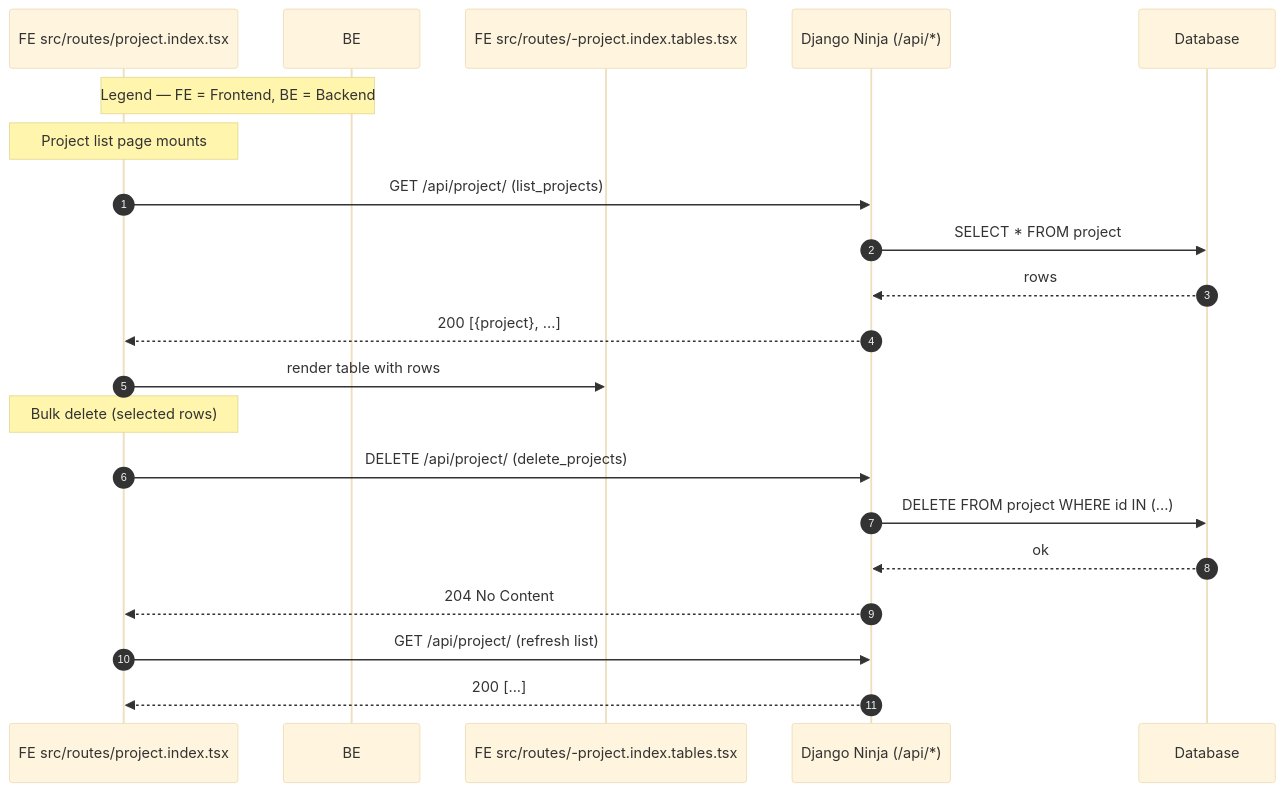
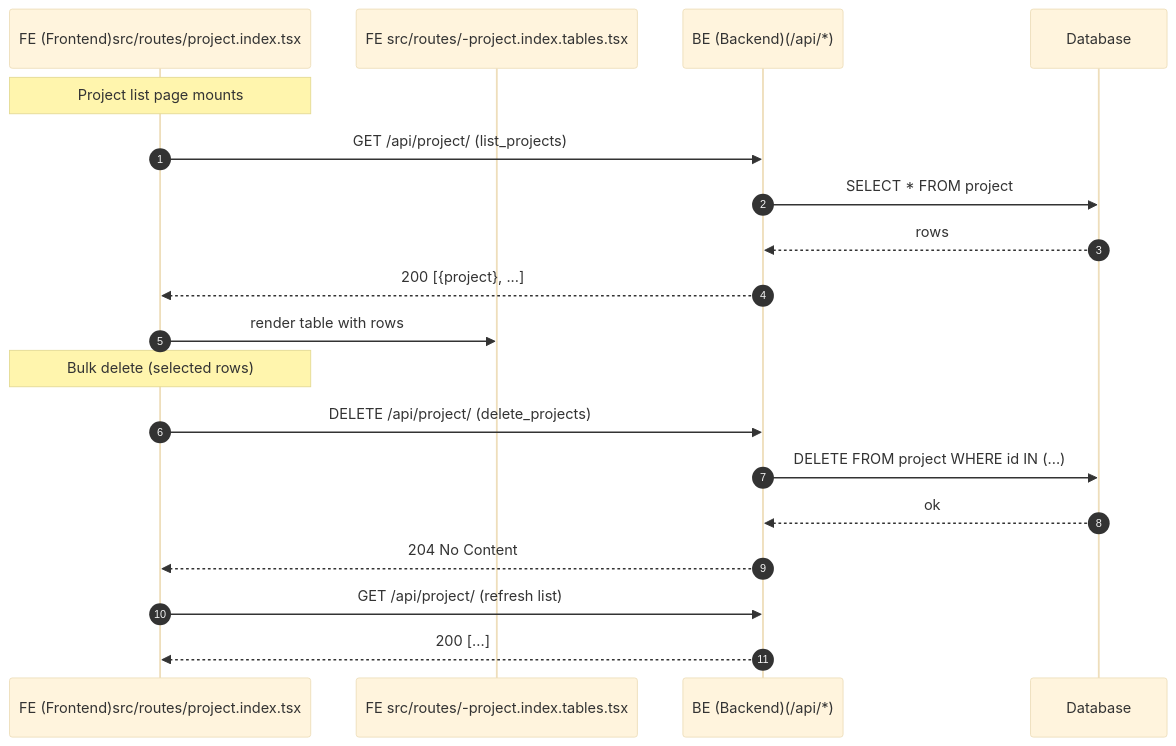
One commit to aus-plant-phenomics-network/phenomate changed the first of 7 diagrams in docs/api-sequences.md. Above: the diagram before and after it, drawn with Mermaid (base theme). The commit also changed other lines of this file, not shown here.

````diff
--- a/docs/api-sequences.md
+++ b/docs/api-sequences.md
@@ -24,27 +24,24 @@
 ```mermaid
 sequenceDiagram
-  
-%% Legend at the top
-  Note over FE,BE: Legend — FE = Frontend, BE = Backend
 
   autonumber
-  participant FE as FE src/routes/project.index.tsx
+  participant FE as FE (Frontend)src/routes/project.index.tsx
   participant Tbl as FE src/routes/-project.index.tables.tsx
-  participant API as Django Ninja (/api/*)
+  participant API as BE (Backend)(/api/*)
   participant DB as Database
 
   Note over FE: Project list page mounts
   FE->>API: GET /api/project/  (list_projects)
   API->>DB: SELECT * FROM project
   DB-->>API: rows
   API-->>FE: 200 [{project}, ...]
   FE->>Tbl: render table with rows
 
   Note over FE: Bulk delete (selected rows)
   FE->>API: DELETE /api/project/  (delete_projects)
   API->>DB: DELETE FROM project WHERE id IN (...)
   DB-->>API: ok
   API-->>FE: 204 No Content
   FE->>API: GET /api/project/  (refresh list)
   API-->>FE: 200 [...]
 ```
````
